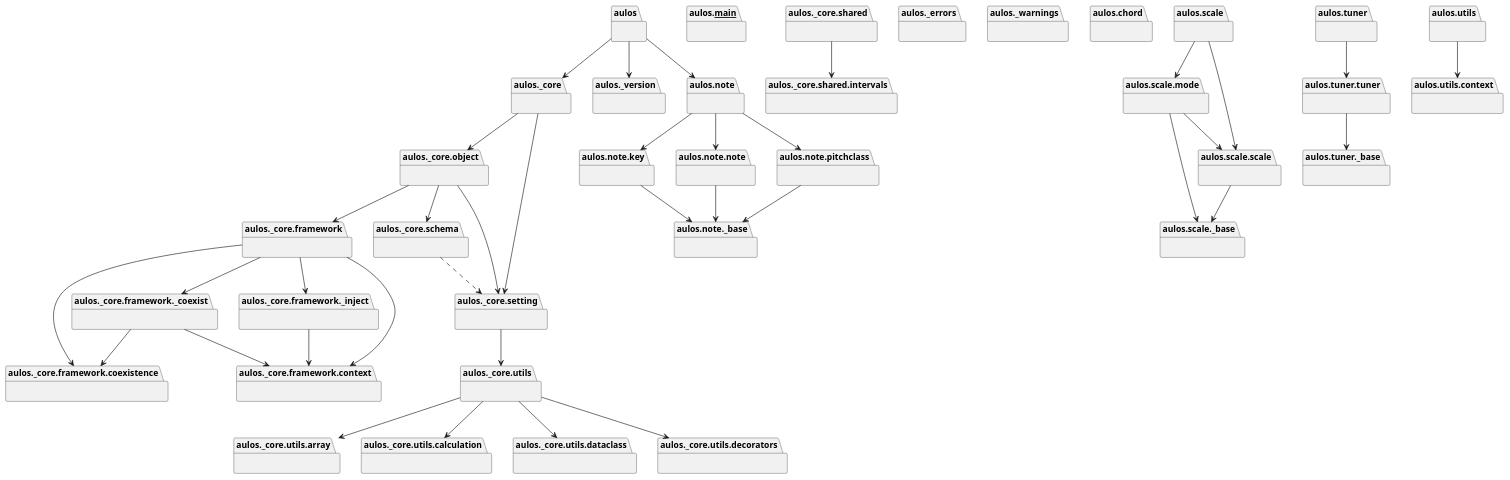
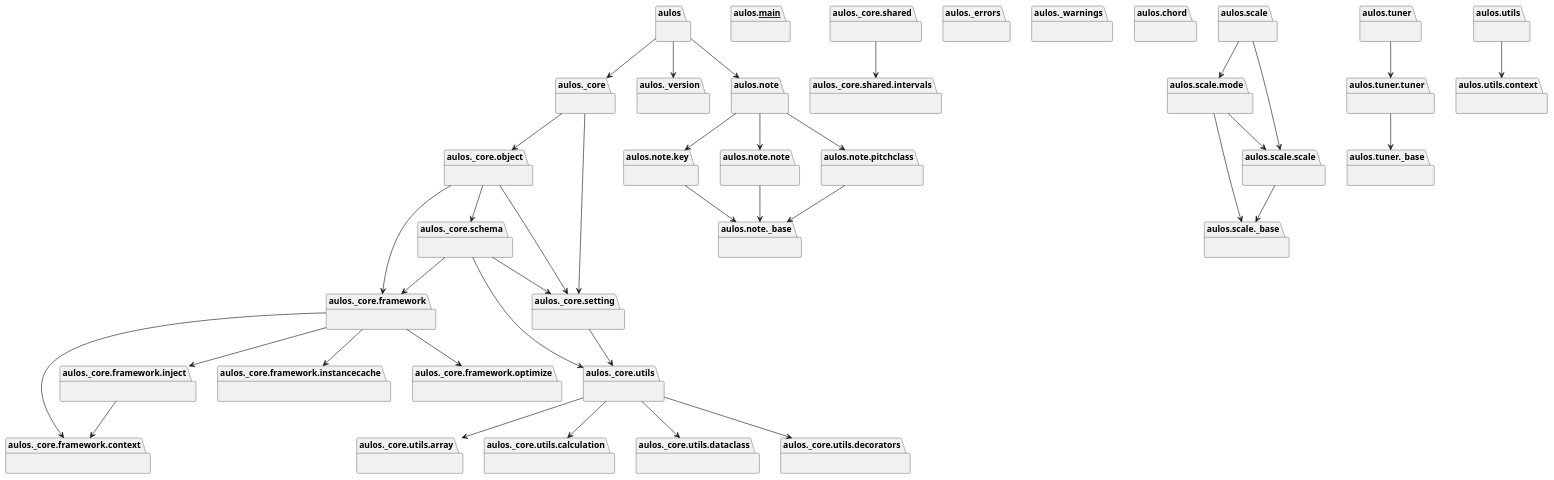
Before and after one commit to Oujox/aulos: the diagram in documents/design/class-diagram/packages.puml, drawn with PlantUML. The commit also changed 14 other files, not shown here.

```diff
--- a/documents/design/class-diagram/packages.puml
+++ b/documents/design/class-diagram/packages.puml
@@ -1,111 +1,111 @@
 @startuml packages
 set namespaceSeparator none
 package "aulos" as aulos {
 }
 package "aulos.__main__" as aulos.__main__ {
 }
 package "aulos._core" as aulos._core {
 }
 package "aulos._core.framework" as aulos._core.framework {
 }
-package "aulos._core.framework._coexist" as aulos._core.framework._coexist {
+package "aulos._core.framework.context" as aulos._core.framework.context {
 }
-package "aulos._core.framework._inject" as aulos._core.framework._inject {
+package "aulos._core.framework.inject" as aulos._core.framework.inject {
 }
-package "aulos._core.framework.coexistence" as aulos._core.framework.coexistence {
+package "aulos._core.framework.instancecache" as aulos._core.framework.instancecache {
 }
-package "aulos._core.framework.context" as aulos._core.framework.context {
+package "aulos._core.framework.optimize" as aulos._core.framework.optimize {
 }
 package "aulos._core.object" as aulos._core.object {
 }
 package "aulos._core.schema" as aulos._core.schema {
 }
 package "aulos._core.setting" as aulos._core.setting {
 }
 package "aulos._core.shared" as aulos._core.shared {
 }
 package "aulos._core.shared.intervals" as aulos._core.shared.intervals {
 }
 package "aulos._core.utils" as aulos._core.utils {
 }
 package "aulos._core.utils.array" as aulos._core.utils.array {
 }
 package "aulos._core.utils.calculation" as aulos._core.utils.calculation {
 }
 package "aulos._core.utils.dataclass" as aulos._core.utils.dataclass {
 }
 package "aulos._core.utils.decorators" as aulos._core.utils.decorators {
 }
 package "aulos._errors" as aulos._errors {
 }
 package "aulos._version" as aulos._version {
 }
 package "aulos._warnings" as aulos._warnings {
 }
 package "aulos.chord" as aulos.chord {
 }
 package "aulos.note" as aulos.note {
 }
 package "aulos.note._base" as aulos.note._base {
 }
 package "aulos.note.key" as aulos.note.key {
 }
 package "aulos.note.note" as aulos.note.note {
 }
 package "aulos.note.pitchclass" as aulos.note.pitchclass {
 }
 package "aulos.scale" as aulos.scale {
 }
 package "aulos.scale._base" as aulos.scale._base {
 }
 package "aulos.scale.mode" as aulos.scale.mode {
 }
 package "aulos.scale.scale" as aulos.scale.scale {
 }
 package "aulos.tuner" as aulos.tuner {
 }
 package "aulos.tuner._base" as aulos.tuner._base {
 }
 package "aulos.tuner.tuner" as aulos.tuner.tuner {
 }
 package "aulos.utils" as aulos.utils {
 }
 package "aulos.utils.context" as aulos.utils.context {
 }
 aulos --> aulos._core
 aulos --> aulos._version
 aulos --> aulos.note
 aulos._core --> aulos._core.object
 aulos._core --> aulos._core.setting
-aulos._core.framework --> aulos._core.framework._coexist
-aulos._core.framework --> aulos._core.framework._inject
-aulos._core.framework --> aulos._core.framework.coexistence
 aulos._core.framework --> aulos._core.framework.context
-aulos._core.framework._coexist --> aulos._core.framework.coexistence
-aulos._core.framework._coexist --> aulos._core.framework.context
-aulos._core.framework._inject --> aulos._core.framework.context
+aulos._core.framework --> aulos._core.framework.inject
+aulos._core.framework --> aulos._core.framework.instancecache
+aulos._core.framework --> aulos._core.framework.optimize
+aulos._core.framework.inject --> aulos._core.framework.context
 aulos._core.object --> aulos._core.framework
 aulos._core.object --> aulos._core.schema
 aulos._core.object --> aulos._core.setting
+aulos._core.schema --> aulos._core.framework
+aulos._core.schema --> aulos._core.setting
+aulos._core.schema --> aulos._core.utils
 aulos._core.setting --> aulos._core.utils
 aulos._core.shared --> aulos._core.shared.intervals
 aulos._core.utils --> aulos._core.utils.array
 aulos._core.utils --> aulos._core.utils.calculation
 aulos._core.utils --> aulos._core.utils.dataclass
 aulos._core.utils --> aulos._core.utils.decorators
 aulos.note --> aulos.note.key
 aulos.note --> aulos.note.note
 aulos.note --> aulos.note.pitchclass
 aulos.note.key --> aulos.note._base
 aulos.note.note --> aulos.note._base
 aulos.note.pitchclass --> aulos.note._base
 aulos.scale --> aulos.scale.mode
 aulos.scale --> aulos.scale.scale
 aulos.scale.mode --> aulos.scale._base
 aulos.scale.mode --> aulos.scale.scale
 aulos.scale.scale --> aulos.scale._base
 aulos.tuner --> aulos.tuner.tuner
 aulos.tuner.tuner --> aulos.tuner._base
 aulos.utils --> aulos.utils.context
-aulos._core.schema ..> aulos._core.setting
 @enduml
```
